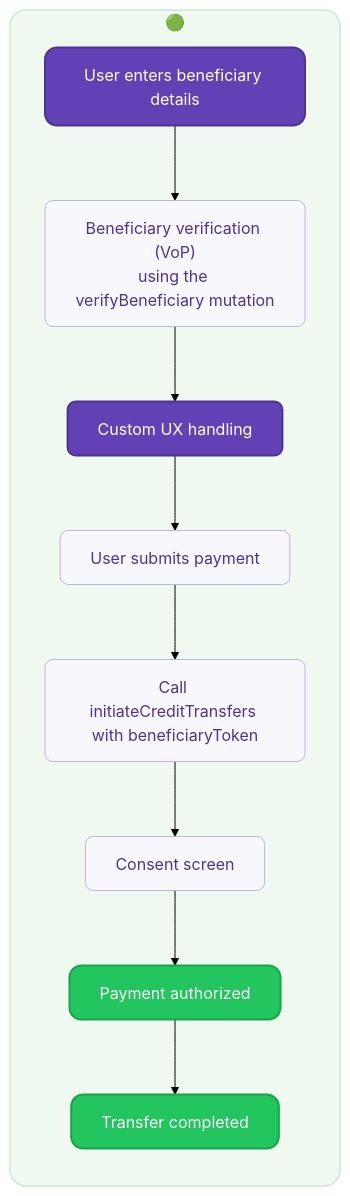
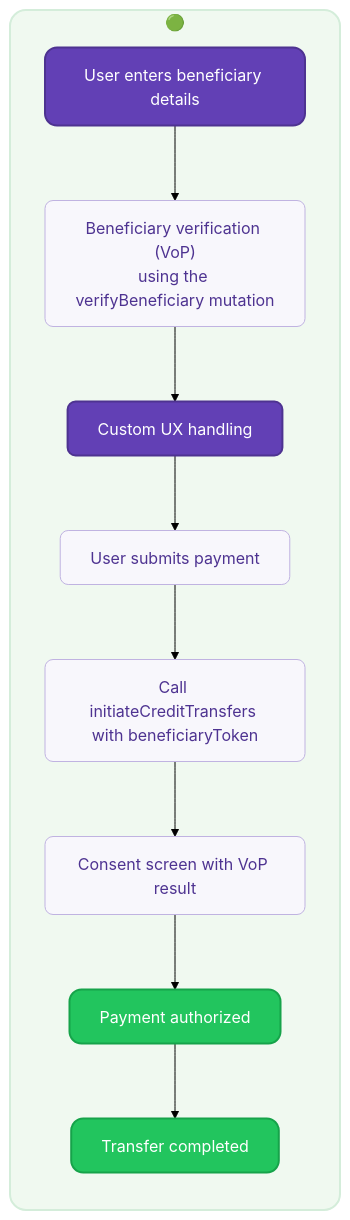
One commit to swan-io/docs changed the third of 4 diagrams in docs/topics/payments/credit-transfers/sepa/verification-of-payee.mdx. Above: the diagram before and after it, drawn with Mermaid (forest theme). The commit also changed other lines of this file and 4 other files, not shown here.

````diff
--- a/docs/topics/payments/credit-transfers/sepa/verification-of-payee.mdx
+++ b/docs/topics/payments/credit-transfers/sepa/verification-of-payee.mdx
@@ -249,28 +247,28 @@
 ```mermaid
 flowchart TD
     subgraph Option2 ["🟢"]
         direction TB
         A2["User enters beneficiary details"] --> B2["Beneficiary verification (VoP)<br/>using the verifyBeneficiary mutation"]
         B2 --> C2["Custom UX handling"]
         C2 --> D2["User submits payment"]
         D2 --> E2["Call initiateCreditTransfers with beneficiaryToken"]
-        E2 --> F2["Consent screen"]
+        E2 --> F2["Consent screen with VoP result"]
         F2 --> G2["Payment authorized"]
         G2 --> H2["Transfer completed"]
     end
     
     classDef default fill:#ffffff,stroke:#6240b5,stroke-width:1px,color:#271a48,rx:8,ry:8
     classDef input fill:#6240b5,stroke:#4e3391,stroke-width:2px,color:#ffffff,rx:12,ry:12
     classDef process fill:#f8f7fc,stroke:#c0b3e1,stroke-width:1px,color:#4e3391,rx:8,ry:8
     classDef success fill:#22c55e,stroke:#16a34a,stroke-width:2px,color:#ffffff,rx:12,ry:12
     classDef transfer fill:#22c55e,stroke:#16a34a,stroke-width:2px,color:#ffffff,rx:12,ry:12
     classDef custom fill:#6240b5,stroke:#4e3391,stroke-width:2px,color:#ffffff,rx:8,ry:8
     classDef subgraph2 fill:#f0f9f0,stroke:#d4edda,stroke-width:2px,rx:16,ry:16
     
     class A2 input
     class B2,D2,E2,F2 process
     class C2 custom
     class G2 success
     class H2 transfer
     class Option2 subgraph2
 ```
````
